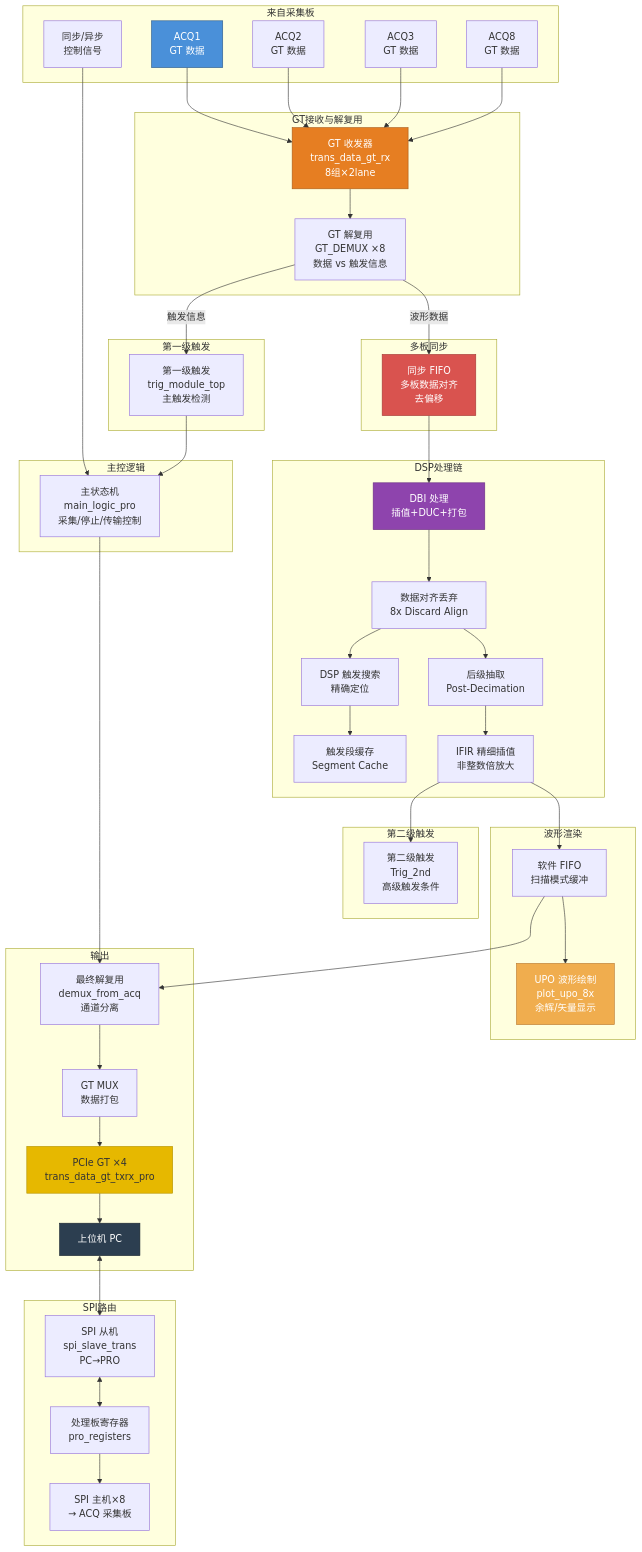
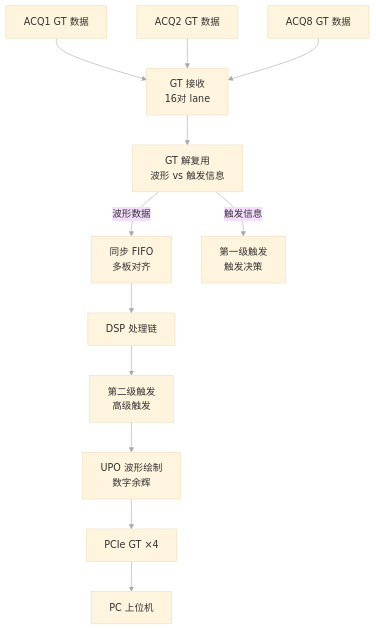
The diagram in source/_posts/示波器学习笔记2.md (mumutingyun/mumutingyun.github.io), drawn with Mermaid before and after one commit. The commit also changed other lines of this file and 1 other file, not shown here.

````diff
--- a/source/_posts/示波器学习笔记2.md
+++ b/source/_posts/示波器学习笔记2.md
@@ -30,82 +25,21 @@
 ```mermaid
+%%{init: {'theme': 'base', 'themeVariables': { 'lineColor': '#aaa' }}}%%
 flowchart TB
-    subgraph 来自采集板
-        ACQ1["ACQ1<br/>GT 数据"]
-        ACQ2["ACQ2<br/>GT 数据"]
-        ACQ3["ACQ3<br/>GT 数据"]
-        ACQ8["ACQ8<br/>GT 数据"]
-        ACQ_CTRL["同步/异步<br/>控制信号"]
-    end
+    ACQ1["ACQ1 GT 数据"]
+    ACQ2["ACQ2 GT 数据"]
+    ACQ8["ACQ8 GT 数据"]
 
-    subgraph GT接收与解复用
-        GT_RX["GT 收发器<br/>trans_data_gt_rx<br/>8组×2lane"]
-        GT_DEMUX["GT 解复用<br/>GT_DEMUX ×8<br/>数据 vs 触发信息"]
-    end
+    GT_RX["GT 接收<br/>16对 lane"]
+    GT_DEMUX["GT 解复用<br/>波形 vs 触发信息"]
+    SYNC["同步 FIFO<br/>多板对齐"]
+    DSP["DSP 处理链"]
+    TRIG1["第一级触发<br/>触发决策"]
+    TRIG2["第二级触发<br/>高级触发"]
+    UPO["UPO 波形绘制<br/>数字余辉"]
+    PCIE["PCIe GT ×4"]
+    PC["PC 上位机"]
 
-    subgraph 多板同步
-        SYNC_FIFO["同步 FIFO<br/>多板数据对齐<br/>去偏移"]
-    end
-
-    subgraph DSP处理链
-        DBI["DBI 处理<br/>插值+DUC+打包"]
-        DISCARD["数据对齐丢弃<br/>8x Discard Align"]
-        DSP_SEARCH["DSP 触发搜索<br/>精确定位"]
-        SEG_CACHE["触发段缓存<br/>Segment Cache"]
-        POST_DEC["后级抽取<br/>Post-Decimation"]
-        IFIR["IFIR 精细插值<br/>非整数倍放大"]
-    end
-
-    subgraph 第一级触发
-        TRIG1["第一级触发<br/>trig_module_top<br/>主触发检测"]
-    end
-
-    subgraph 第二级触发
-        TRIG2["第二级触发<br/>Trig_2nd<br/>高级触发条件"]
-    end
-
-    subgraph 波形渲染
-        UPO["UPO 波形绘制<br/>plot_upo_8x<br/>余辉/矢量显示"]
-        SOFT_FIFO["软件 FIFO<br/>扫描模式缓冲"]
-    end
-
-    subgraph 主控逻辑
-        MAIN["主状态机<br/>main_logic_pro<br/>采集/停止/传输控制"]
-    end
-
-    subgraph 输出
-        DEMUX_FINAL["最终解复用<br/>demux_from_acq<br/>通道分离"]
-        GT_MUX_BLOCK["GT MUX<br/>数据打包"]
-        PCIE_GT["PCIe GT ×4<br/>trans_data_gt_txrx_pro"]
-        PC["上位机 PC"]
-    end
-
-    subgraph SPI路由
-        SPI_SLAVE["SPI 从机<br/>spi_slave_trans<br/>PC→PRO"]
-        PRO_REG["处理板寄存器<br/>pro_registers"]
-        ACQ_SPI["SPI 主机×8<br/>→ ACQ 采集板"]
-    end
-
-    ACQ1 & ACQ2 & ACQ3 & ACQ8 --> GT_RX
-    ACQ_CTRL --> MAIN
-    GT_RX --> GT_DEMUX
-    GT_DEMUX -- 波形数据 --> SYNC_FIFO
+    ACQ1 & ACQ2 & ACQ8 --> GT_RX --> GT_DEMUX
+    GT_DEMUX -- 波形数据 --> SYNC --> DSP --> TRIG2 --> UPO --> PCIE --> PC
     GT_DEMUX -- 触发信息 --> TRIG1
-    SYNC_FIFO --> DBI --> DISCARD --> POST_DEC --> IFIR --> SOFT_FIFO --> DEMUX_FINAL
-    DISCARD --> DSP_SEARCH --> SEG_CACHE
-    TRIG1 --> MAIN
-    IFIR --> TRIG2
-    SOFT_FIFO --> UPO
-    MAIN --> DEMUX_FINAL
-    DEMUX_FINAL --> GT_MUX_BLOCK --> PCIE_GT --> PC
-    SPI_SLAVE <--> PRO_REG
-    PRO_REG --> ACQ_SPI
-    PC <--> SPI_SLAVE
-
-    style ACQ1 fill:#4A90D9,stroke:#2E5A88,color:#fff
-    style GT_RX fill:#E67E22,stroke:#A85A18,color:#fff
-    style SYNC_FIFO fill:#D9534F,stroke:#A33A37,color:#fff
-    style DBI fill:#8E44AD,stroke:#6A2E82,color:#fff
-    style UPO fill:#F0AD4E,stroke:#B87A30,color:#fff
-    style PCIE_GT fill:#E6B800,stroke:#B39200,color:#333
-    style PC fill:#2C3E50,stroke:#1A252F,color:#fff
 ```
````
